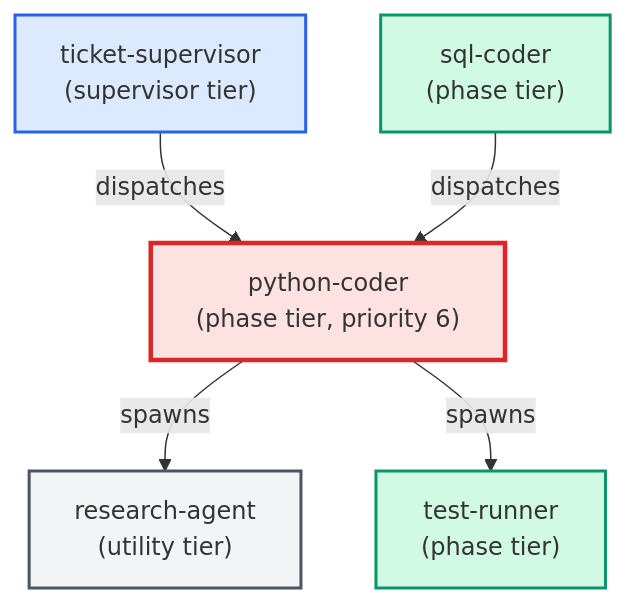
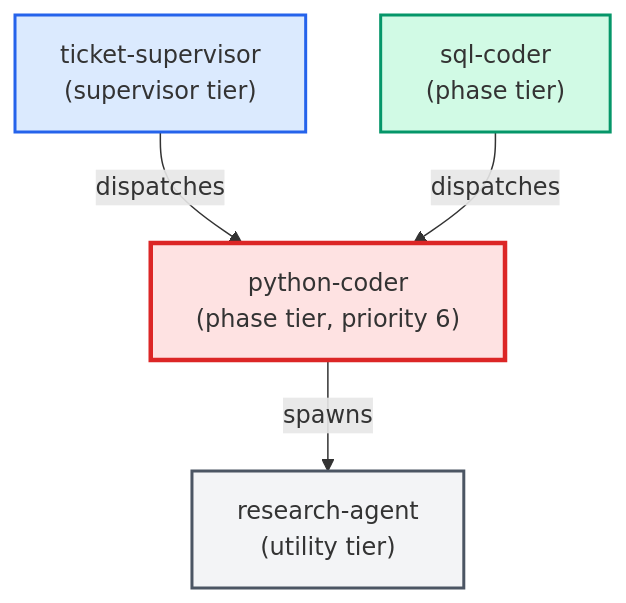
Before and after one commit to urlmonitor/leafcutter-ai: the diagram in docs/agents/cards/python-coder.card.md, drawn with Mermaid. The commit also changed other lines of this file and 3 other files, not shown here.

First line of the commit message:
fix(registry): remove test-runner from python-coder spawn_allowlist (INF-600d-1)

````diff
--- a/docs/agents/cards/python-coder.card.md
+++ b/docs/agents/cards/python-coder.card.md
@@ -53,18 +54,16 @@
 ```mermaid
 flowchart TD
     classDef supervisor fill:#dbeafe,stroke:#2563eb,stroke-width:2px
     classDef phase fill:#d1fae5,stroke:#059669,stroke-width:2px
     classDef utility fill:#f3f4f6,stroke:#4b5563,stroke-width:2px
     classDef target fill:#fee2e2,stroke:#dc2626,stroke-width:3px
 
     ticket_supervisor["ticket-supervisor\n(supervisor tier)"]:::supervisor
     sql_coder["sql-coder\n(phase tier)"]:::phase
     python_coder["python-coder\n(phase tier, priority 6)"]:::target
     research_agent["research-agent\n(utility tier)"]:::utility
-    test_runner["test-runner\n(phase tier)"]:::phase
 
     ticket_supervisor -->|dispatches| python_coder
     sql_coder -->|dispatches| python_coder
     python_coder -->|spawns| research_agent
-    python_coder -->|spawns| test_runner
 ```
````
